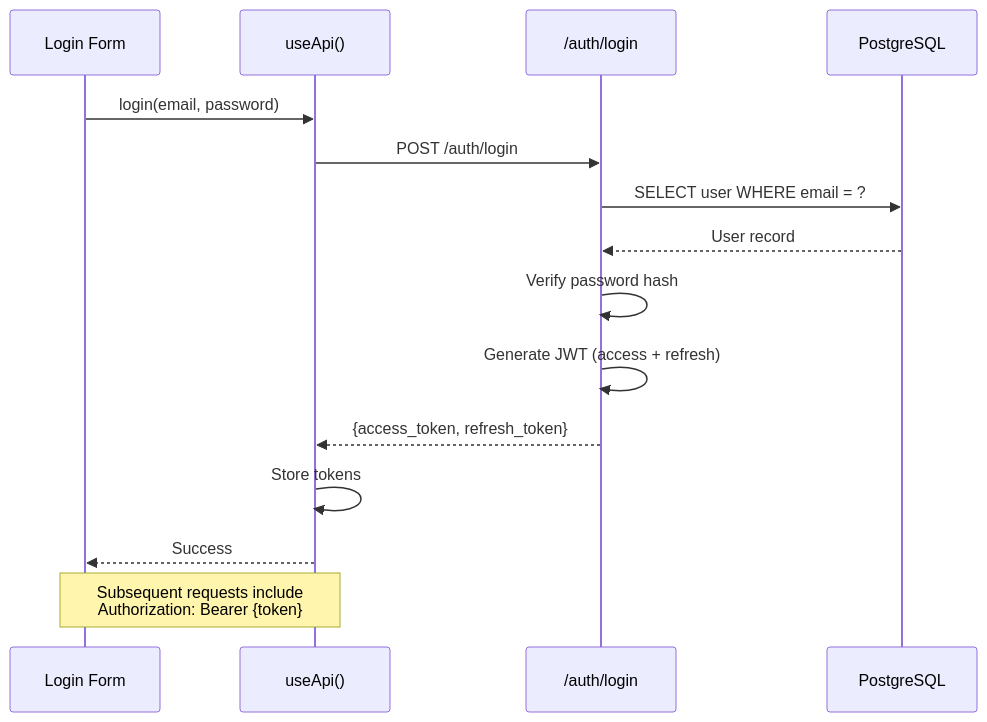
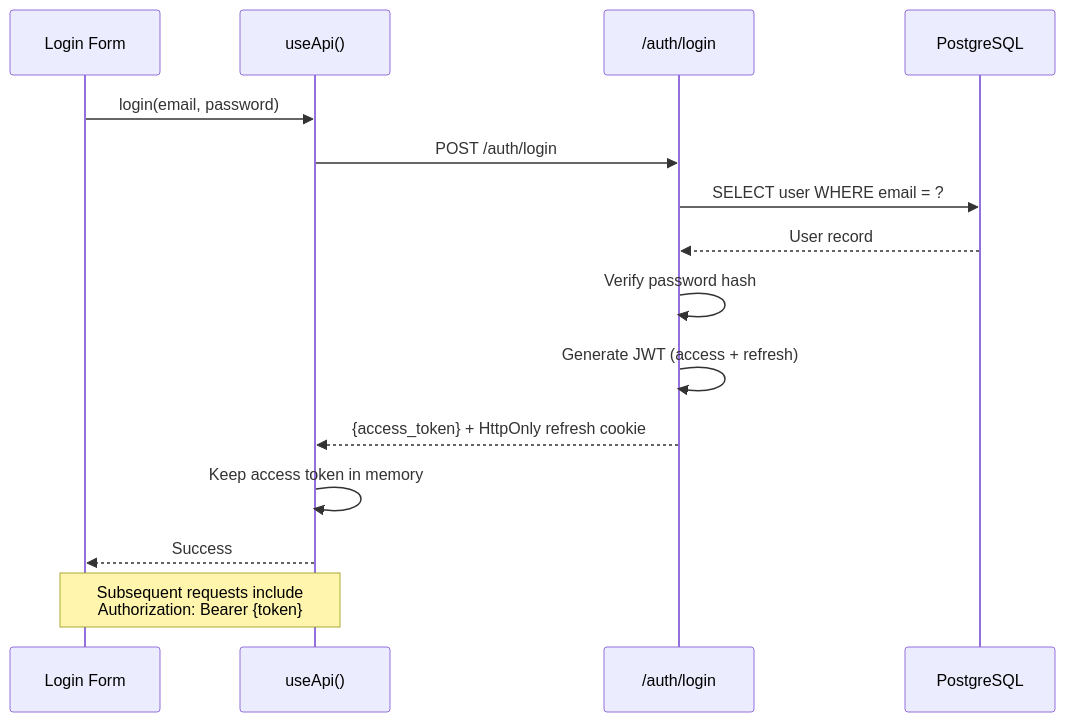
The second of 4 diagrams in docs/diagrams/data-flow.md (mahmoodianasl-svg/dentalpin), drawn with Mermaid before and after one commit. The commit also changed other lines of this file and 14 other files, not shown here.

````diff
--- a/docs/diagrams/data-flow.md
+++ b/docs/diagrams/data-flow.md
@@ -42,19 +42,19 @@
 ```mermaid
 sequenceDiagram
     participant UI as Login Form
     participant API as useApi()
     participant BE as /auth/login
     participant DB as PostgreSQL
 
     UI->>API: login(email, password)
     API->>BE: POST /auth/login
     BE->>DB: SELECT user WHERE email = ?
     DB-->>BE: User record
     BE->>BE: Verify password hash
     BE->>BE: Generate JWT (access + refresh)
-    BE-->>API: {access_token, refresh_token}
-    API->>API: Store tokens
+    BE-->>API: {access_token} + HttpOnly refresh cookie
+    API->>API: Keep access token in memory
     API-->>UI: Success
 
     Note over UI,API: Subsequent requests include<br/>Authorization: Bearer {token}
 ```
````
